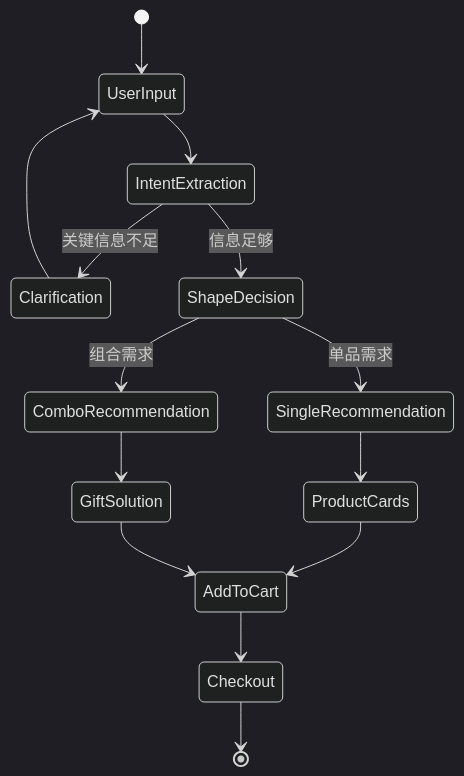
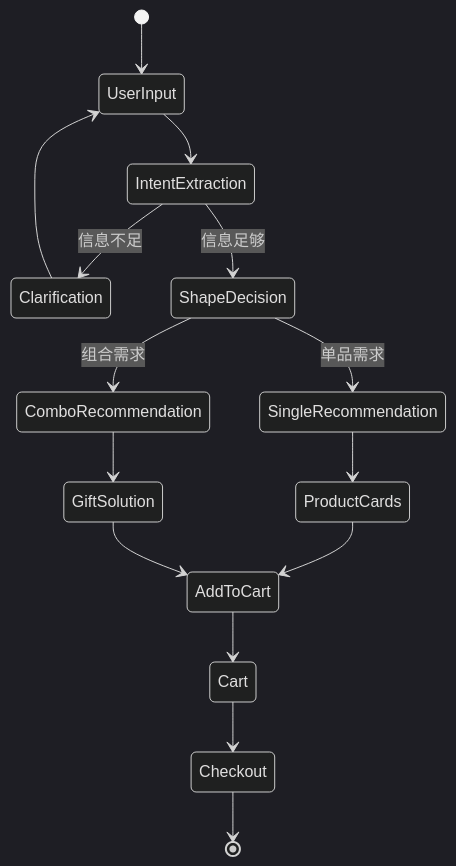
Before and after one commit to yangcxc-svg/jingli-ui-demo: the second of 4 diagrams in docs/technical-solution.md, drawn with Mermaid (dark theme). The commit also changed other lines of this file and 1 other file, not shown here.

````diff
--- a/docs/technical-solution.md
+++ b/docs/technical-solution.md
@@ -464,16 +480,17 @@
 ```mermaid
 stateDiagram-v2
   [*] --> UserInput
   UserInput --> IntentExtraction
-  IntentExtraction --> Clarification: 关键信息不足
+  IntentExtraction --> Clarification: 信息不足
   Clarification --> UserInput
   IntentExtraction --> ShapeDecision: 信息足够
   ShapeDecision --> SingleRecommendation: 单品需求
   ShapeDecision --> ComboRecommendation: 组合需求
   SingleRecommendation --> ProductCards
   ComboRecommendation --> GiftSolution
   ProductCards --> AddToCart
   GiftSolution --> AddToCart
-  AddToCart --> Checkout
+  AddToCart --> Cart
+  Cart --> Checkout
   Checkout --> [*]
 ```
````
